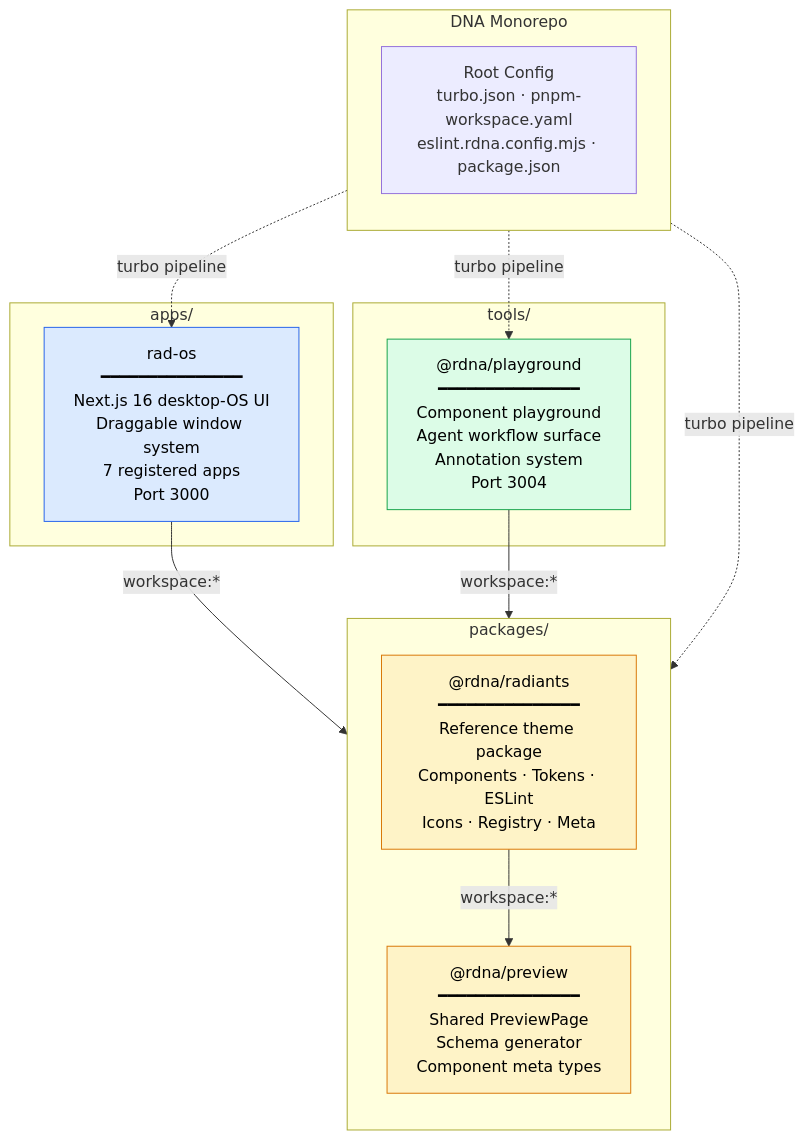
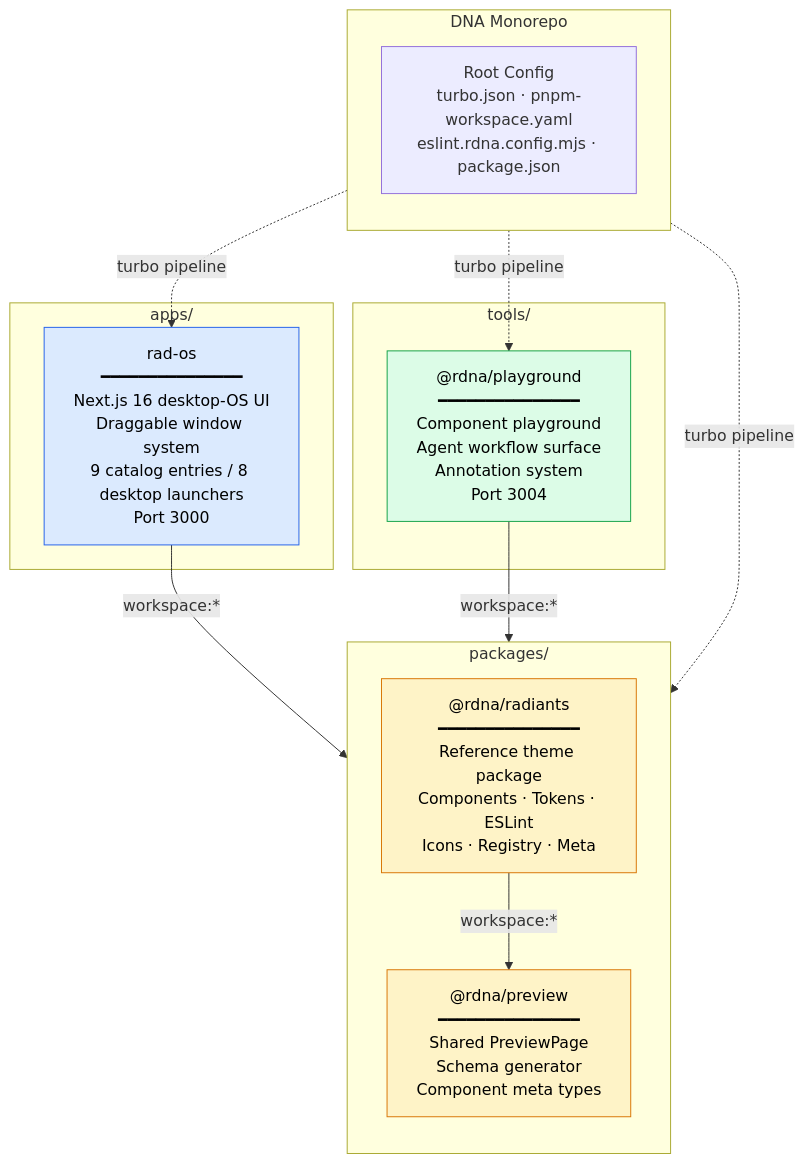
One commit to Radiants-DAO/DNA changed the first of 11 diagrams in docs/CODEMAP.md. Above: the diagram before and after it, drawn with Mermaid. The commit also changed other lines of this file and 38 other files, not shown here.

````diff
--- a/docs/CODEMAP.md
+++ b/docs/CODEMAP.md
@@ -13,34 +13,34 @@
 ```mermaid
 graph TB
     subgraph ROOT["DNA Monorepo"]
         direction TB
         ROOT_CFG["Root Config<br/>turbo.json · pnpm-workspace.yaml<br/>eslint.rdna.config.mjs · package.json"]
     end
 
     subgraph PACKAGES["packages/"]
         direction TB
         RADIANTS["@rdna/radiants<br/>━━━━━━━━━━━━━━━<br/>Reference theme package<br/>Components · Tokens · ESLint<br/>Icons · Registry · Meta"]
         PREVIEW["@rdna/preview<br/>━━━━━━━━━━━━━━━<br/>Shared PreviewPage<br/>Schema generator<br/>Component meta types"]
     end
 
     subgraph APPS["apps/"]
-        RADOS["rad-os<br/>━━━━━━━━━━━━━━━<br/>Next.js 16 desktop-OS UI<br/>Draggable window system<br/>7 registered apps<br/>Port 3000"]
+        RADOS["rad-os<br/>━━━━━━━━━━━━━━━<br/>Next.js 16 desktop-OS UI<br/>Draggable window system<br/>9 catalog entries / 8 desktop launchers<br/>Port 3000"]
     end
 
     subgraph TOOLS["tools/"]
         PLAYGROUND["@rdna/playground<br/>━━━━━━━━━━━━━━━<br/>Component playground<br/>Agent workflow surface<br/>Annotation system<br/>Port 3004"]
     end
 
     RADIANTS -->|"workspace:*"| PREVIEW
     RADOS -->|"workspace:*"| RADIANTS
     PLAYGROUND -->|"workspace:*"| RADIANTS
 
     ROOT_CFG -.->|"turbo pipeline"| RADOS
     ROOT_CFG -.->|"turbo pipeline"| PLAYGROUND
     ROOT_CFG -.->|"turbo pipeline"| RADIANTS
 
     style RADIANTS fill:#fef3c7,stroke:#d97706,color:#000
     style RADOS fill:#dbeafe,stroke:#2563eb,color:#000
     style PLAYGROUND fill:#dcfce7,stroke:#16a34a,color:#000
     style PREVIEW fill:#fef3c7,stroke:#d97706,color:#000
 ```
````
